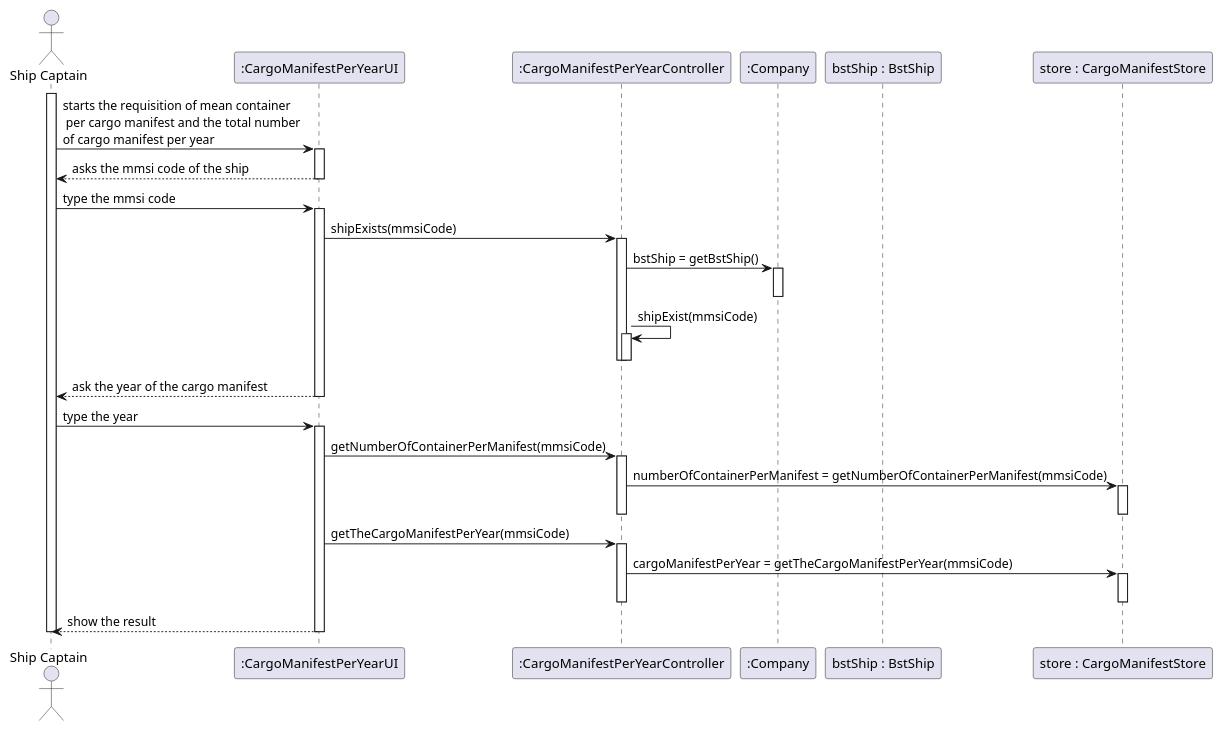
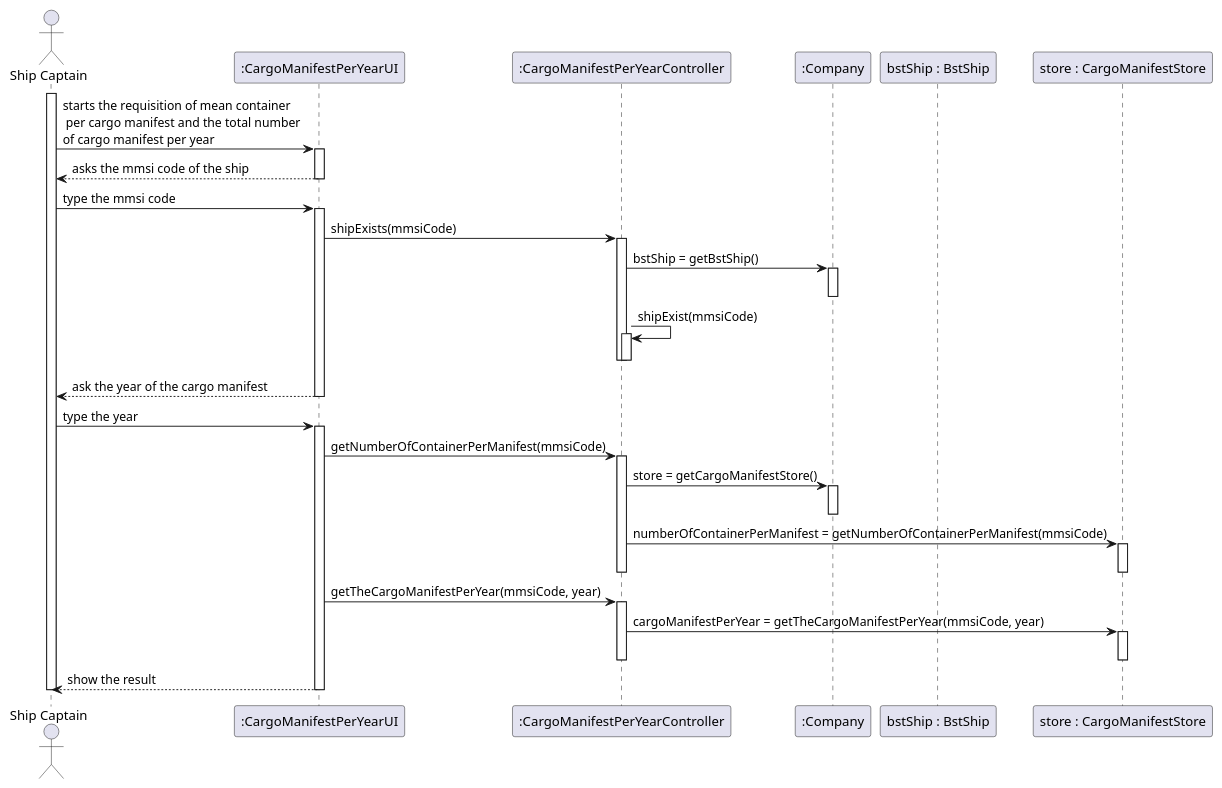
One commit to 0franciscor/lapr3-2021-g042 changed the diagram in docs/US207/US207_SD.puml. Above: the diagram before and after it, drawn with PlantUML. The commit also changed 20 other files, not shown here.

```diff
--- a/docs/US207/US207_SD.puml
+++ b/docs/US207/US207_SD.puml
@@ -1,51 +1,54 @@
 @startuml
 'https://plantuml.com/class-diagram
 
 actor "Ship Captain" as SC
 participant ":CargoManifestPerYearUI" as UI
 participant ":CargoManifestPerYearController" as CT
 participant ":Company" as CP
 participant "bstShip : BstShip" as BST
 participant "store : CargoManifestStore" as ST
 
 
 activate SC
 SC -> UI : starts the requisition of mean container \n per cargo manifest and the total number \nof cargo manifest per year
 activate UI
 UI --> SC : asks the mmsi code of the ship
 deactivate UI
 SC -> UI : type the mmsi code
 activate UI
 UI -> CT : shipExists(mmsiCode)
 activate CT
 CT -> CP : bstShip = getBstShip()
 activate CP
 deactivate CP
 
 CT -> CT: shipExist(mmsiCode)
 activate CT
 deactivate CT
 deactivate CT
 
 UI --> SC : ask the year of the cargo manifest
 deactivate UI
 SC->UI : type the year
 activate UI
 UI -> CT : getNumberOfContainerPerManifest(mmsiCode)
 activate CT
+CT ->CP : store = getCargoManifestStore()
+activate CP
+deactivate CP
 CT -> ST : numberOfContainerPerManifest = getNumberOfContainerPerManifest(mmsiCode)
 activate ST
 deactivate ST
 deactivate CT
-UI -> CT : getTheCargoManifestPerYear(mmsiCode)
+UI -> CT : getTheCargoManifestPerYear(mmsiCode, year)
 activate CT
-CT -> ST : cargoManifestPerYear = getTheCargoManifestPerYear(mmsiCode)
+CT -> ST : cargoManifestPerYear = getTheCargoManifestPerYear(mmsiCode, year)
 activate ST
 deactivate ST
 deactivate CT
 
 
 UI-->SC : show the result
 deactivate UI
 deactivate SC
 @enduml
```
